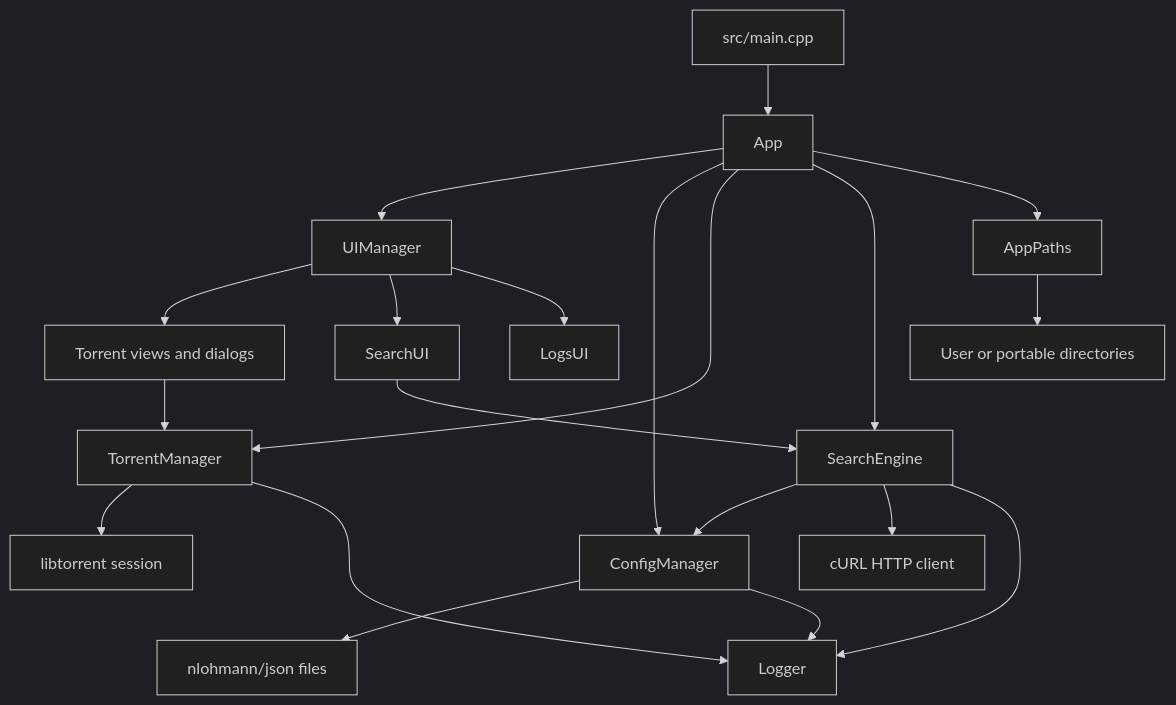
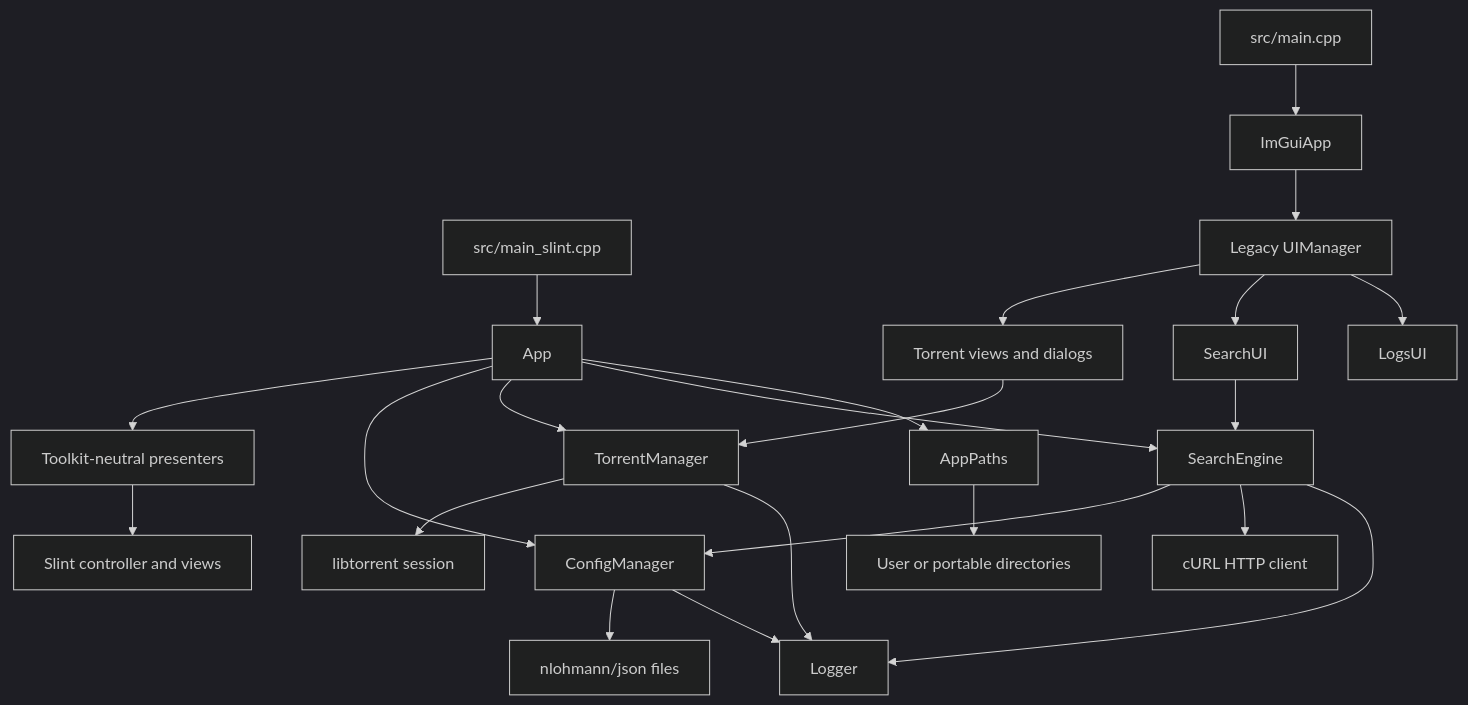
Before and after one commit to gkehren/hypertube: the first of 4 diagrams in docs/architecture.md, drawn with Mermaid (dark theme). The commit also changed other lines of this file and 72 other files, not shown here.

First line of the commit message:
feat(ui): add Slint frontend alongside ImGui

````diff
--- a/docs/architecture.md
+++ b/docs/architecture.md
@@ -7,22 +10,25 @@
 ```mermaid
 flowchart TD
-    Main[src/main.cpp] --> App[App]
-    App --> UI[UIManager]
+    Main[src/main_slint.cpp] --> App[App]
+    Legacy[src/main.cpp] --> ImGuiApp[ImGuiApp]
+    App --> Presenters[Toolkit-neutral presenters]
+    Presenters --> Slint[Slint controller and views]
+    ImGuiApp --> UI[Legacy UIManager]
     App --> Config[ConfigManager]
     App --> Torrents[TorrentManager]
     App --> Search[SearchEngine]
     UI --> TorrentUI[Torrent views and dialogs]
     UI --> SearchUI[SearchUI]
     UI --> LogsUI[LogsUI]
     TorrentUI --> Torrents
     SearchUI --> Search
     Search --> Config
     Torrents --> Libtorrent[libtorrent session]
     Search --> Curl[cURL HTTP client]
     Config --> Json[nlohmann/json files]
     Config --> Logger[Logger]
     Torrents --> Logger
     Search --> Logger
     App --> Paths[AppPaths]
     Paths --> Filesystem[User or portable directories]
 ```
````
